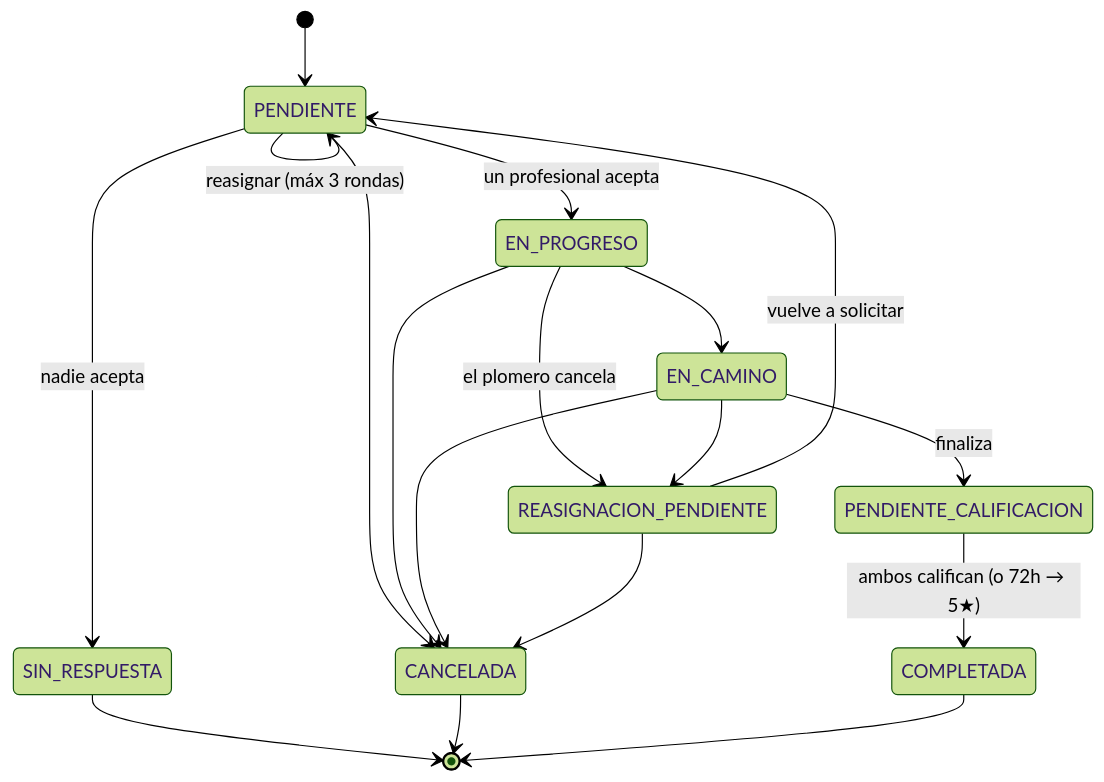
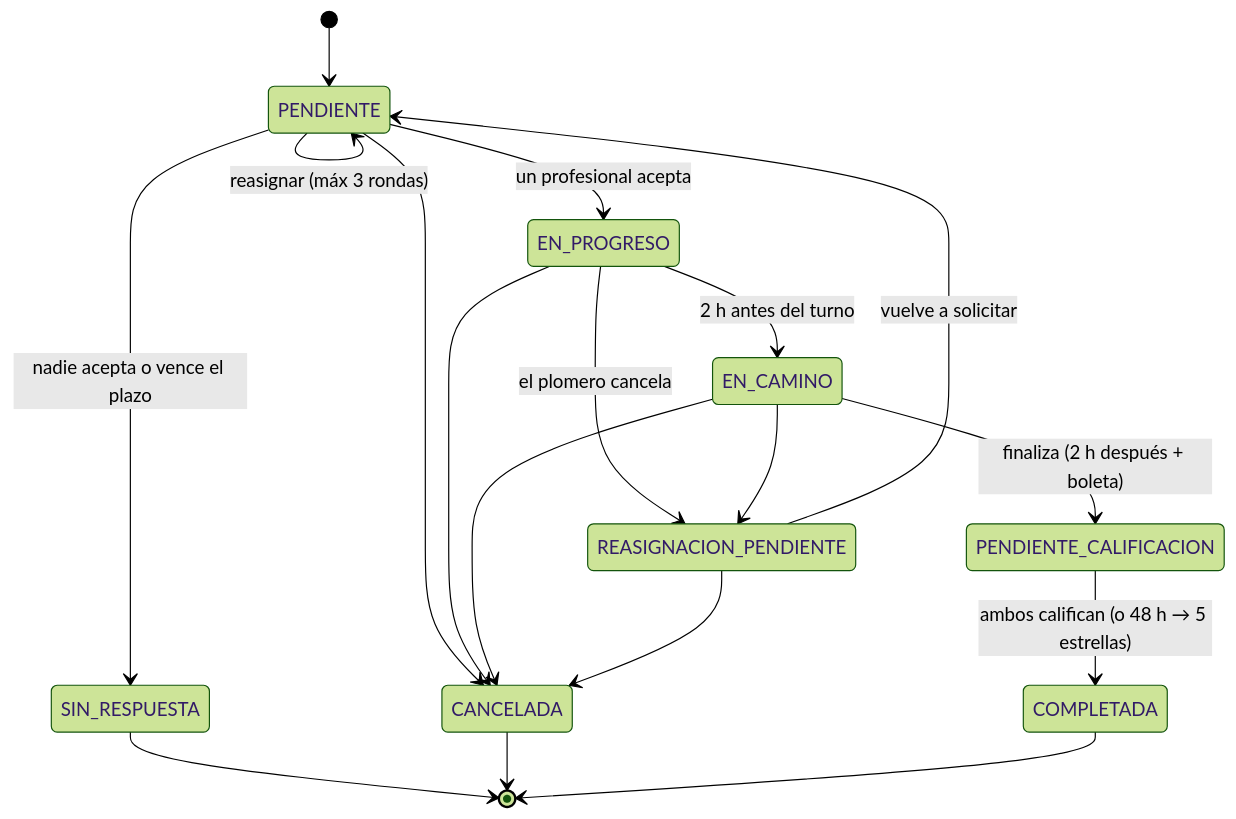
One commit to AldanaS89/PlomerIA changed the diagram in docs/diagramas/README.md. Above: the diagram before and after it, drawn with Mermaid (forest theme). The commit also changed other lines of this file and 17 other files, not shown here.

Commit message:
docs: diagramas en SVG (flujo, UML, casos de uso) + limpieza

````diff
--- a/docs/diagramas/README.md
+++ b/docs/diagramas/README.md
@@ -46,20 +26,20 @@
 ```mermaid
 stateDiagram-v2
     [*] --> PENDIENTE
     PENDIENTE --> EN_PROGRESO : un profesional acepta
     PENDIENTE --> PENDIENTE : reasignar (máx 3 rondas)
-    PENDIENTE --> SIN_RESPUESTA : nadie acepta
+    PENDIENTE --> SIN_RESPUESTA : nadie acepta o vence el plazo
     PENDIENTE --> CANCELADA
-    EN_PROGRESO --> EN_CAMINO
+    EN_PROGRESO --> EN_CAMINO : 2 h antes del turno
     EN_PROGRESO --> REASIGNACION_PENDIENTE : el plomero cancela
     EN_PROGRESO --> CANCELADA
-    EN_CAMINO --> PENDIENTE_CALIFICACION : finaliza
+    EN_CAMINO --> PENDIENTE_CALIFICACION : finaliza (2 h después + boleta)
     EN_CAMINO --> REASIGNACION_PENDIENTE
     EN_CAMINO --> CANCELADA
     REASIGNACION_PENDIENTE --> PENDIENTE : vuelve a solicitar
     REASIGNACION_PENDIENTE --> CANCELADA
-    PENDIENTE_CALIFICACION --> COMPLETADA : ambos califican (o 72h → 5★)
+    PENDIENTE_CALIFICACION --> COMPLETADA : ambos califican (o 48 h → 5 estrellas)
     SIN_RESPUESTA --> [*]
     CANCELADA --> [*]
     COMPLETADA --> [*]
 ```
````
